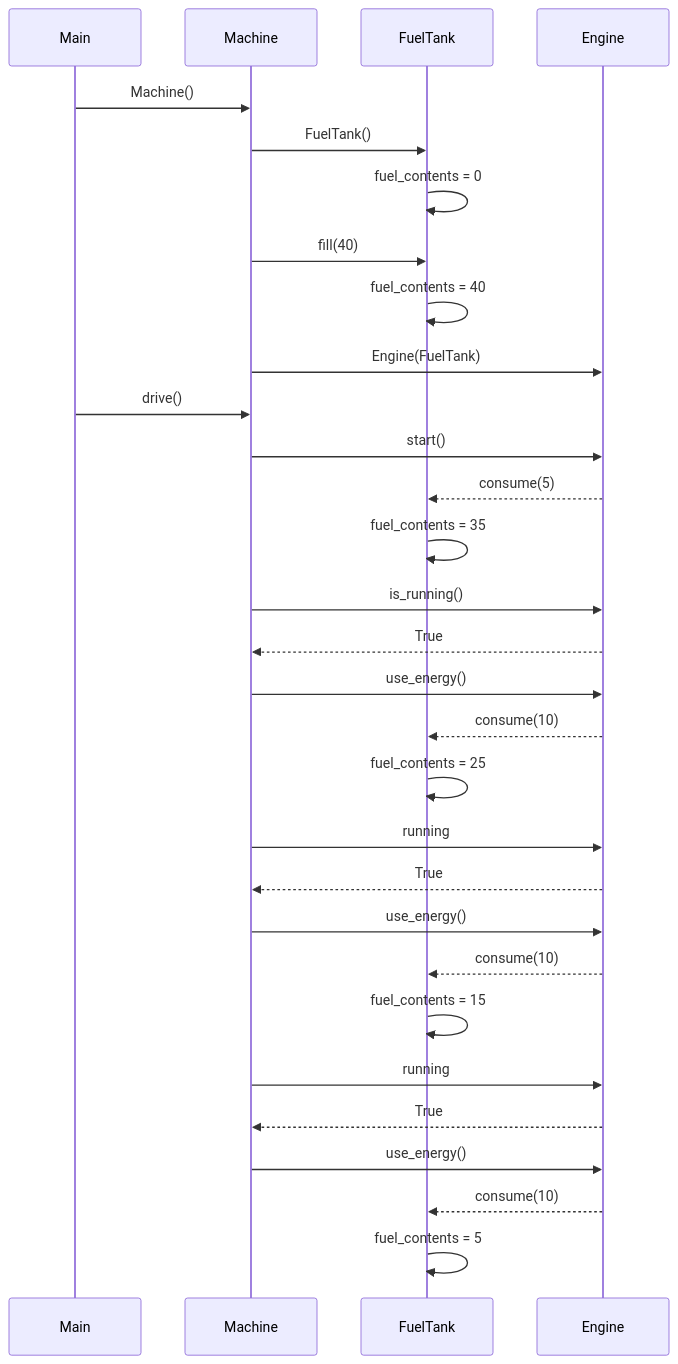
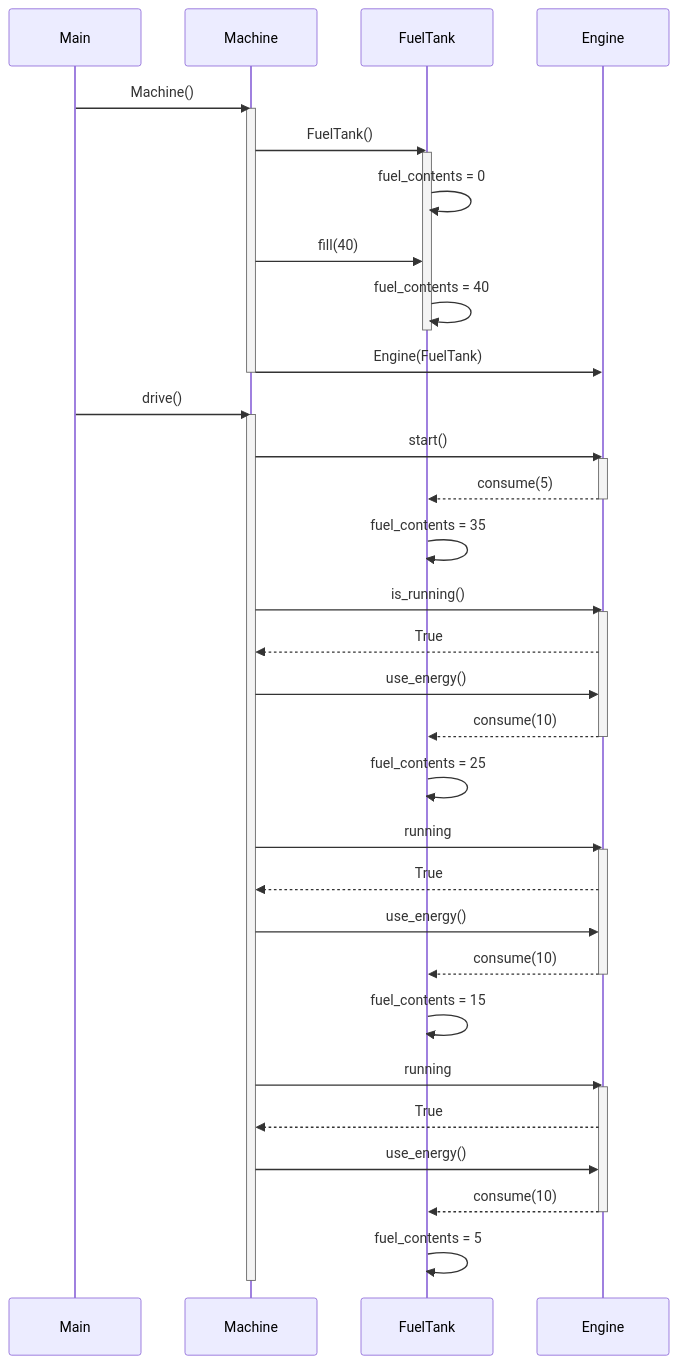
One commit to n0spoon/ot-harjoitustyo changed the diagram in laskarit/viikko3/machine-sequence.md. Above: the diagram before and after it, drawn with Mermaid.

Commit message:
Exercise 3: Refining diagram machine-sequence.md

````diff
--- a/laskarit/viikko3/machine-sequence.md
+++ b/laskarit/viikko3/machine-sequence.md
@@ -1,28 +1,42 @@
 ```mermaid
  sequenceDiagram
      Main->>Machine: Machine()
+     activate Machine
      Machine->>FuelTank: FuelTank()
+     activate FuelTank
      FuelTank->>FuelTank: fuel_contents = 0
      Machine->>FuelTank: fill(40)
      FuelTank->>FuelTank: fuel_contents = 40
+     deactivate FuelTank
      Machine->>Engine: Engine(FuelTank)
+     deactivate Machine
      Main->>Machine: drive()
+     activate Machine
      Machine->>Engine: start()
+     activate Engine
      Engine-->>FuelTank: consume(5)
+     deactivate Engine
      FuelTank->>FuelTank: fuel_contents = 35
      Machine->>Engine: is_running()
+     activate Engine
      Engine-->>Machine: True
      Machine->>Engine: use_energy()
      Engine-->>FuelTank: consume(10)
+     deactivate Engine
      FuelTank->>FuelTank: fuel_contents = 25
      Machine->>Engine: running
+     activate Engine
      Engine-->>Machine: True
      Machine->>Engine: use_energy()
      Engine-->>FuelTank: consume(10)
+     deactivate Engine
      FuelTank->>FuelTank: fuel_contents = 15
      Machine->>Engine: running
+     activate Engine
      Engine-->>Machine: True
      Machine->>Engine: use_energy()
      Engine-->>FuelTank: consume(10)
+     deactivate Engine
      FuelTank->>FuelTank: fuel_contents = 5
+     deactivate Machine
 ```
````
